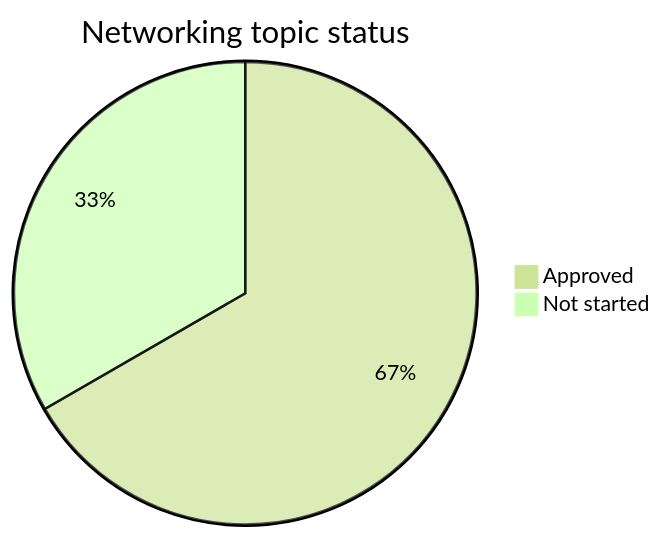
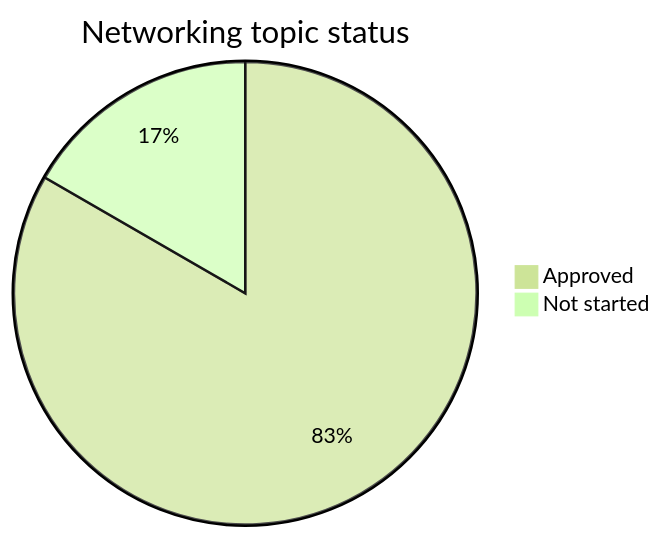
Before and after one commit to Zakoroo/computer_networks: the first of 8 diagrams in PROGRESS.md, drawn with Mermaid (forest theme). The commit also changed other lines of this file and 53 other files, not shown here.

````diff
--- a/PROGRESS.md
+++ b/PROGRESS.md
@@ -17,5 +17,5 @@
 ```mermaid
 pie title Networking topic status
-    "Approved" : 4
-    "Not started" : 2
+    "Approved" : 5
+    "Not started" : 1
 ```
````
